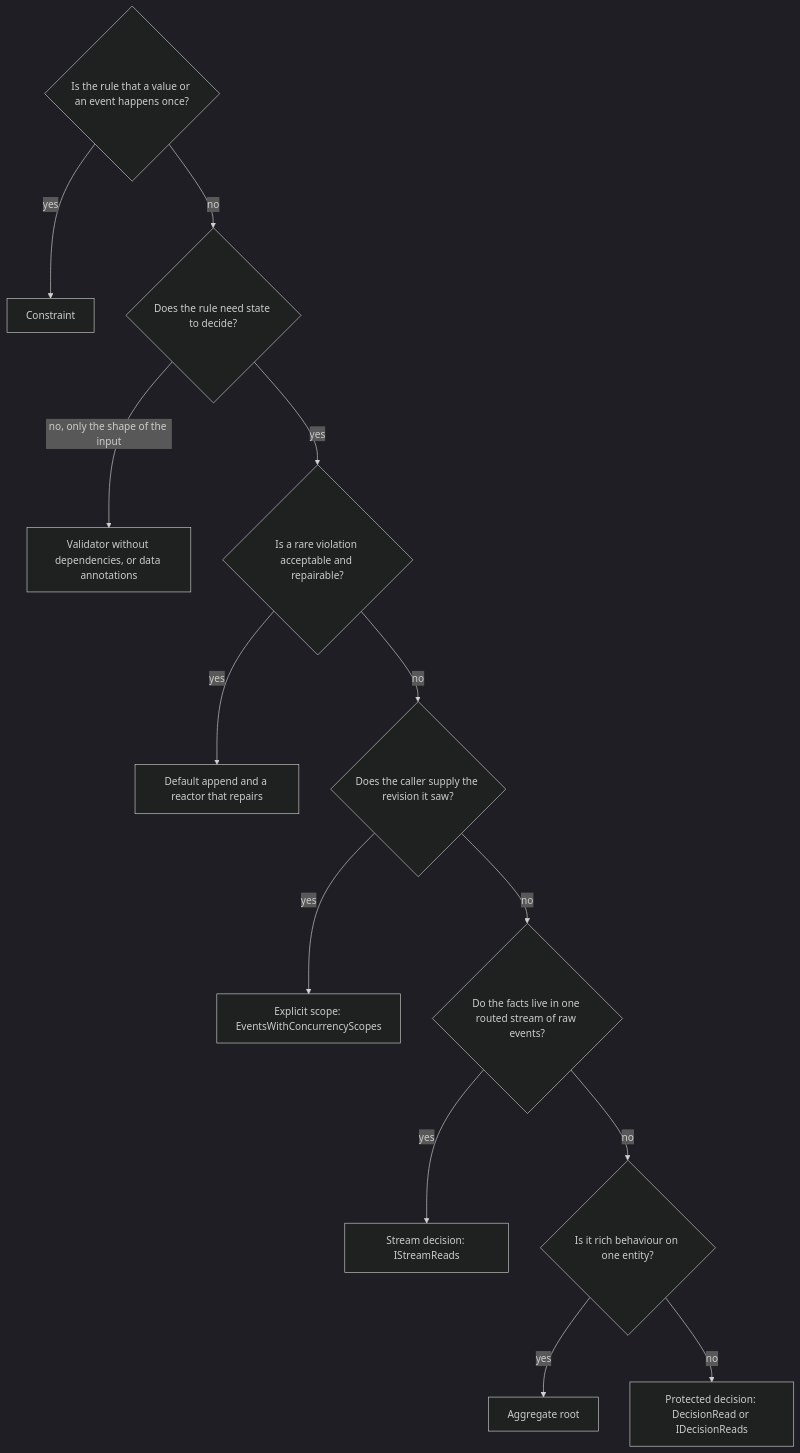
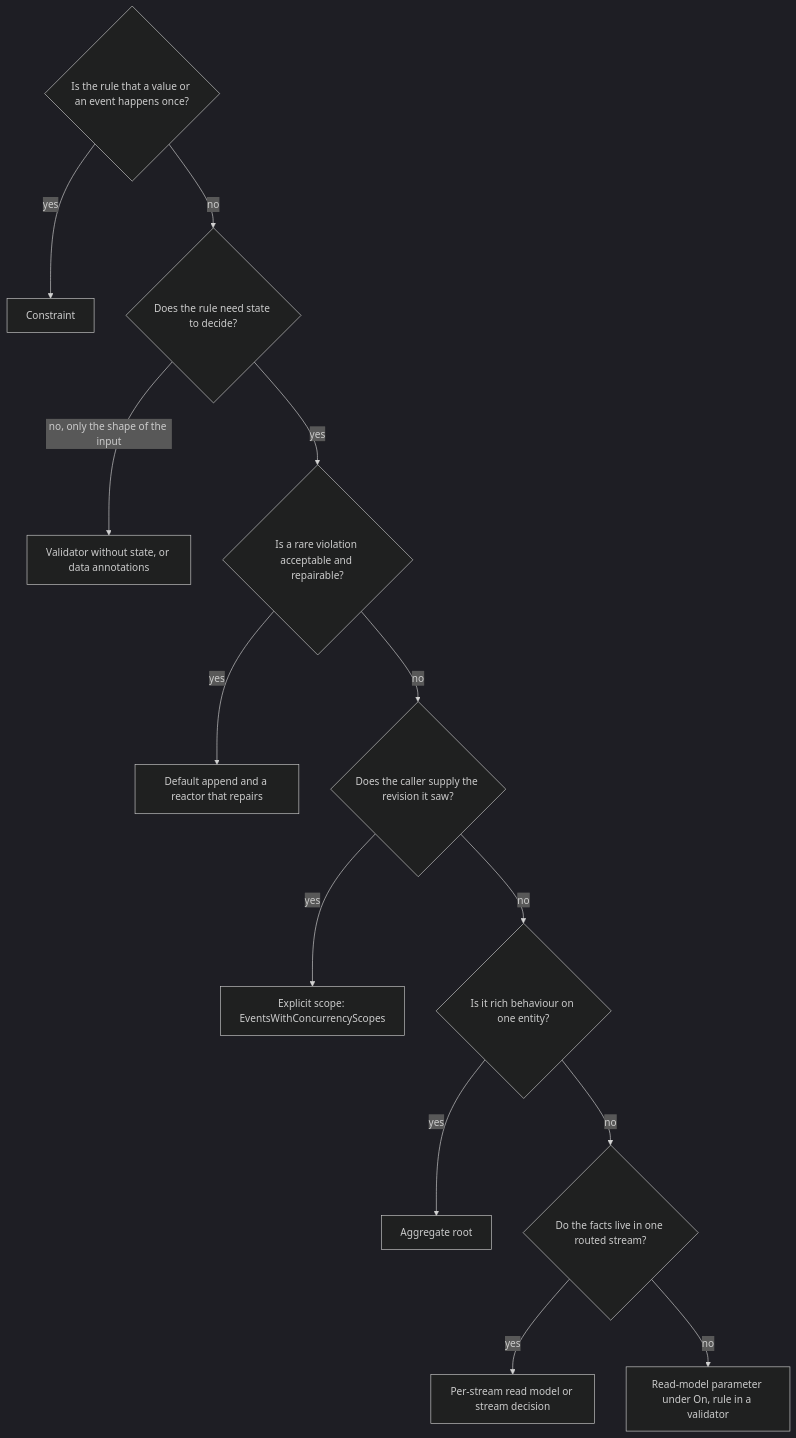
One commit to Cratis/Arc changed the diagram in Documentation/backend/csharp/chronicle/consistency/index.md. Above: the diagram before and after it, drawn with Mermaid (dark theme). The commit also changed other lines of this file and 9 other files, not shown here.

````diff
--- a/Documentation/backend/csharp/chronicle/consistency/index.md
+++ b/Documentation/backend/csharp/chronicle/consistency/index.md
@@ -42,16 +62,16 @@
 ```mermaid
 flowchart TD
     A{Is the rule that a value or an event happens once?}
     A -->|yes| CON[Constraint]
     A -->|no| B{Does the rule need state to decide?}
-    B -->|no, only the shape of the input| VAL[Validator without dependencies, or data annotations]
+    B -->|no, only the shape of the input| VAL[Validator without state, or data annotations]
     B -->|yes| C{Is a rare violation acceptable and repairable?}
     C -->|yes| REP[Default append and a reactor that repairs]
     C -->|no| D{Does the caller supply the revision it saw?}
     D -->|yes| SCOPE[Explicit scope: EventsWithConcurrencyScopes]
-    D -->|no| E{Do the facts live in one routed stream of raw events?}
-    E -->|yes| STR[Stream decision: IStreamReads]
-    E -->|no| F{Is it rich behaviour on one entity?}
-    F -->|yes| AGG[Aggregate root]
-    F -->|no| PD[Protected decision: DecisionRead or IDecisionReads]
+    D -->|no| E{Is it rich behaviour on one entity?}
+    E -->|yes| AGG[Aggregate root]
+    E -->|no| F{Do the facts live in one routed stream?}
+    F -->|yes| STR[Per-stream read model or stream decision]
+    F -->|no| PD[Read-model parameter under On, rule in a validator]
 ```
````
